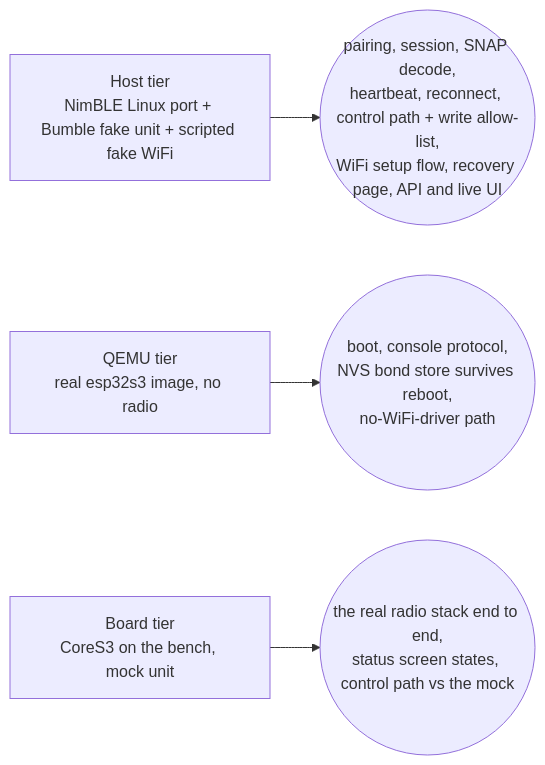
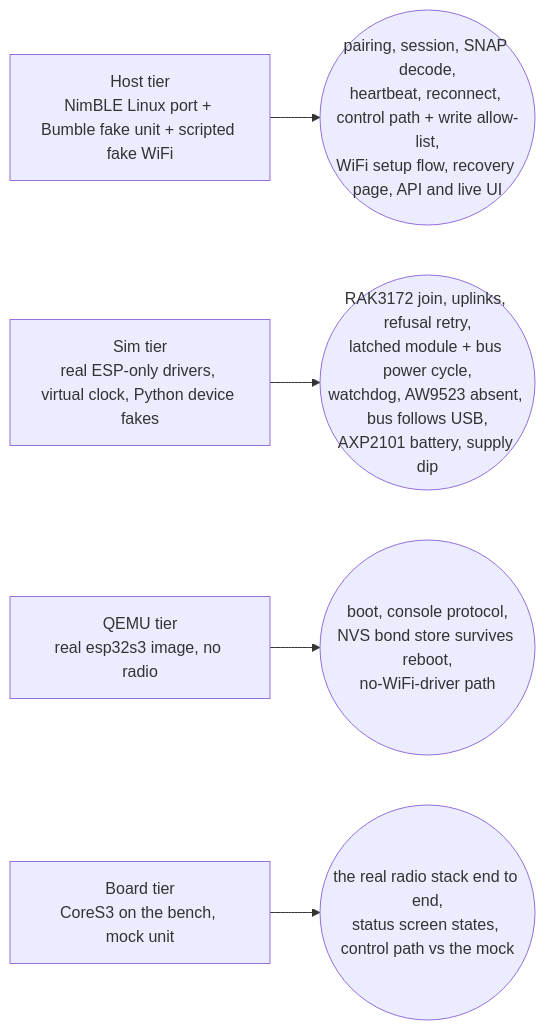
One commit to ckeller42/open-california changed the first of 3 diagrams in docs/firmware.md. Above: the diagram before and after it, drawn with Mermaid. The commit also changed other lines of this file and 41 other files, not shown here.

First line of the commit message:
Firmware sim tier (coresim): the real lora_esp.c and display.c's AXP2101 read against fake RAK3172, AW9523, AXP2101 (#572)

````diff
--- a/docs/firmware.md
+++ b/docs/firmware.md
@@ -49,6 +49,7 @@
 ```mermaid
 flowchart LR
   H["Host tier<br/>NimBLE Linux port + Bumble fake unit + scripted fake WiFi"] --> HP(("pairing, session, SNAP decode,<br/>heartbeat, reconnect, control path + write allow-list,<br/>WiFi setup flow, recovery page, API and live UI"))
+  S["Sim tier<br/>real ESP-only drivers, virtual clock, Python device fakes"] --> SP(("RAK3172 join, uplinks, refusal retry,<br/>latched module + bus power cycle,<br/>watchdog, AW9523 absent, bus follows USB,<br/>AXP2101 battery, supply dip"))
   Q["QEMU tier<br/>real esp32s3 image, no radio"] --> QP(("boot, console protocol,<br/>NVS bond store survives reboot,<br/>no-WiFi-driver path"))
   B["Board tier<br/>CoreS3 on the bench, mock unit"] --> BP(("the real radio stack end to end,<br/>status screen states, control path vs the mock"))
 ```
````
